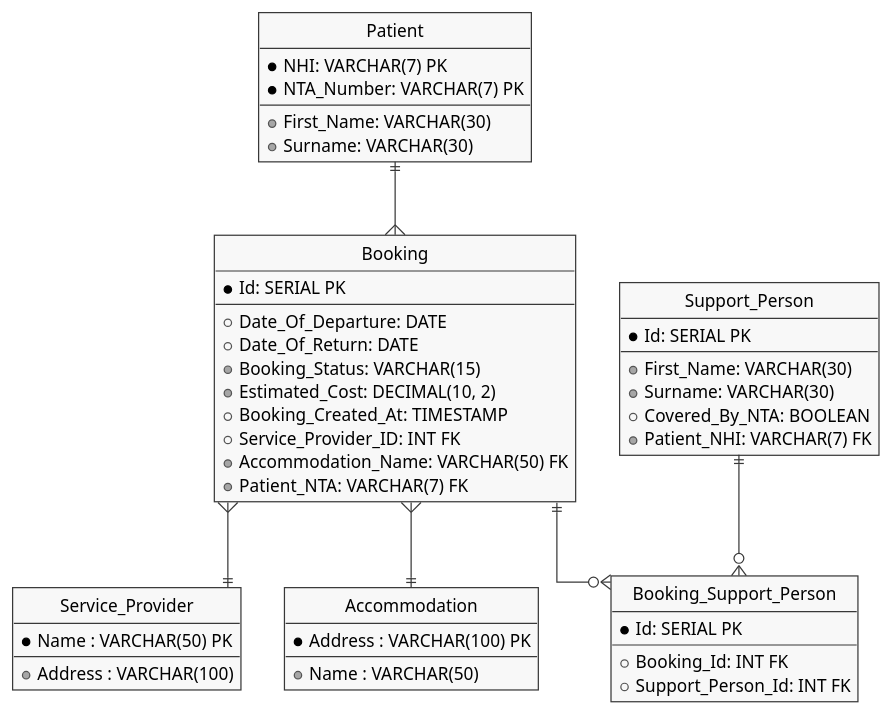
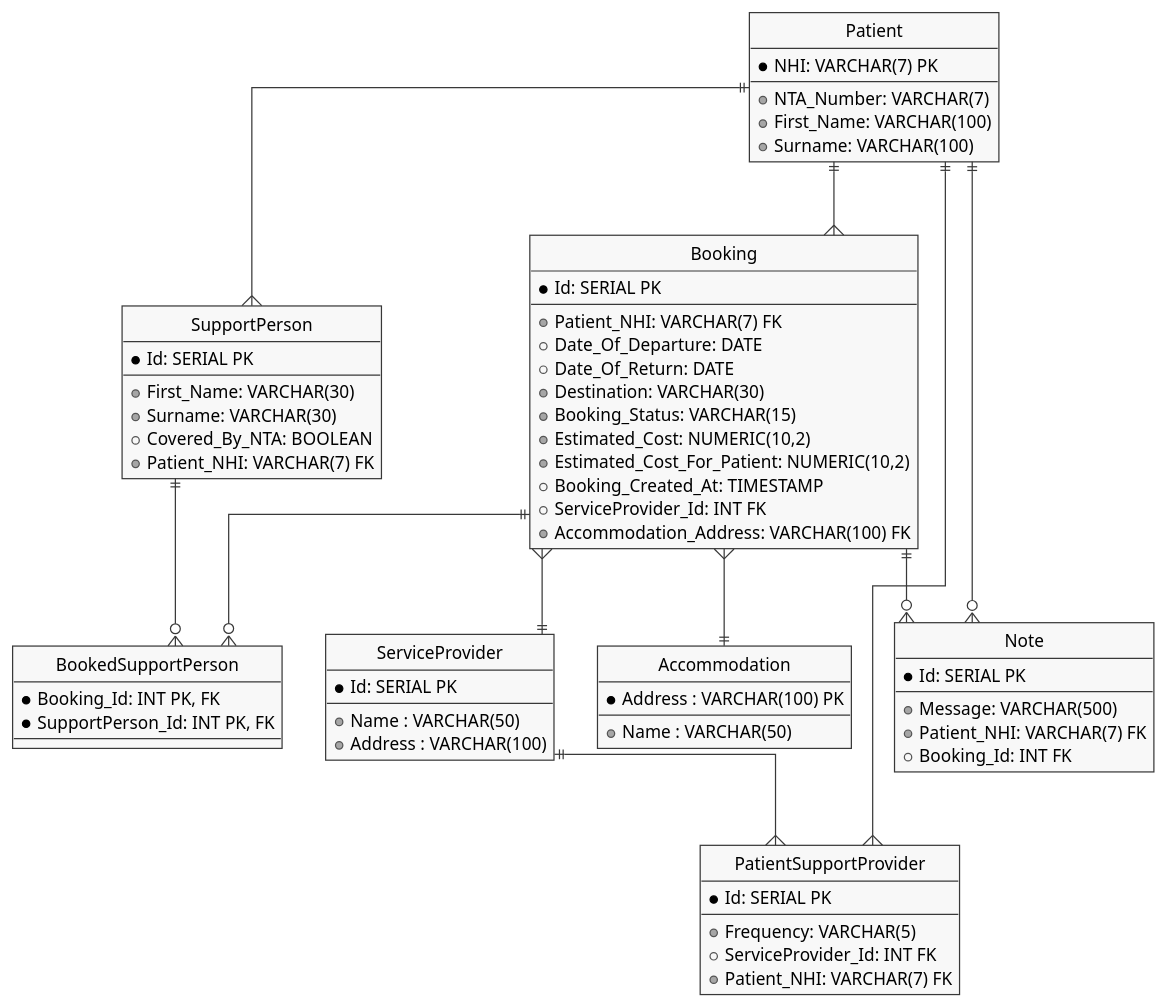
One commit to hamtana/TravelTracker changed the diagram in Planning/ERD.puml. Above: the diagram before and after it, drawn with PlantUML. The commit also changed 2 other files, not shown here.

Commit message:
updated the erd and added swimlane diagram

```diff
--- a/Planning/ERD.puml
+++ b/Planning/ERD.puml
@@ -1,63 +1,89 @@
 @startuml julliend-erd
 
 skin rose
 skinparam Style StrictUML
 skinparam LineType ortho
 skinparam monochrome true
 
+' === Tables ===
 Class Patient {
     * NHI: VARCHAR(7) PK
-    * NTA_Number: VARCHAR(7) PK
---
-    + First_Name: VARCHAR(30)
-    + Surname: VARCHAR(30) 
+    --
+    + NTA_Number: VARCHAR(7)
+    + First_Name: VARCHAR(100)
+    + Surname: VARCHAR(100) 
 }
 
-Class Support_Person {
+Class SupportPerson {
     * Id: SERIAL PK
---
+    --
     + First_Name: VARCHAR(30)
     + Surname: VARCHAR(30)
     + Covered_By_NTA: BOOLEAN
     + Patient_NHI: VARCHAR(7) FK
 }
 
-Class Booking {
+Class ServiceProvider {
     * Id: SERIAL PK
---
-    + Date_Of_Departure: DATE
-    + Date_Of_Return: DATE
-    + Booking_Status: VARCHAR(15)
-    + Estimated_Cost: DECIMAL(10, 2)
-    + Booking_Created_At: TIMESTAMP 
-    + Service_Provider_ID: INT FK
-    + Accommodation_Name: VARCHAR(50) FK
-    + Patient_NTA: VARCHAR(7) FK
-}
-
-Class Service_Provider {
-    * Name : VARCHAR(50) PK
---
+    --
+    + Name : VARCHAR(50)
     + Address : VARCHAR(100)
 }
 
 Class Accommodation {
     * Address : VARCHAR(100) PK
---
+    --
     + Name : VARCHAR(50)
 }
 
-Class Booking_Support_Person {
+Class Booking {
     * Id: SERIAL PK
---
-    + Booking_Id: INT FK
-    + Support_Person_Id: INT FK
+    --
+    + Patient_NHI: VARCHAR(7) FK
+    + Date_Of_Departure: DATE
+    + Date_Of_Return: DATE
+    + Destination: VARCHAR(30)
+    + Booking_Status: VARCHAR(15)
+    + Estimated_Cost: NUMERIC(10,2)
+    + Estimated_Cost_For_Patient: NUMERIC(10,2)
+    + Booking_Created_At: TIMESTAMP 
+    + ServiceProvider_Id: INT FK
+    + Accommodation_Address: VARCHAR(100) FK
 }
 
-Patient ||--{Booking
-Booking }--|| Service_Provider
-Booking ||--o{ Booking_Support_Person
-Support_Person ||--o{ Booking_Support_Person
+Class BookedSupportPerson {
+    * Booking_Id: INT PK, FK
+    * SupportPerson_Id: INT PK, FK
+}
+
+Class Note {
+    * Id: SERIAL PK
+    --
+    + Message: VARCHAR(500)
+    + Patient_NHI: VARCHAR(7) FK
+    + Booking_Id: INT FK
+}
+
+Class PatientSupportProvider {
+    * Id: SERIAL PK
+    --
+    + Frequency: VARCHAR(5)
+    + ServiceProvider_Id: INT FK
+    + Patient_NHI: VARCHAR(7) FK
+}
+
+' === Relationships ===
+Patient ||--{ SupportPerson
+Patient ||--{ Booking
+Patient ||--o{ Note
+Patient ||--{ PatientSupportProvider
+
+Booking }--|| ServiceProvider
 Booking }--|| Accommodation
+Booking ||--o{ BookedSupportPerson
+Booking ||--o{ Note
+
+SupportPerson ||--o{ BookedSupportPerson
+ServiceProvider ||--{ PatientSupportProvider
 
 @enduml
```
